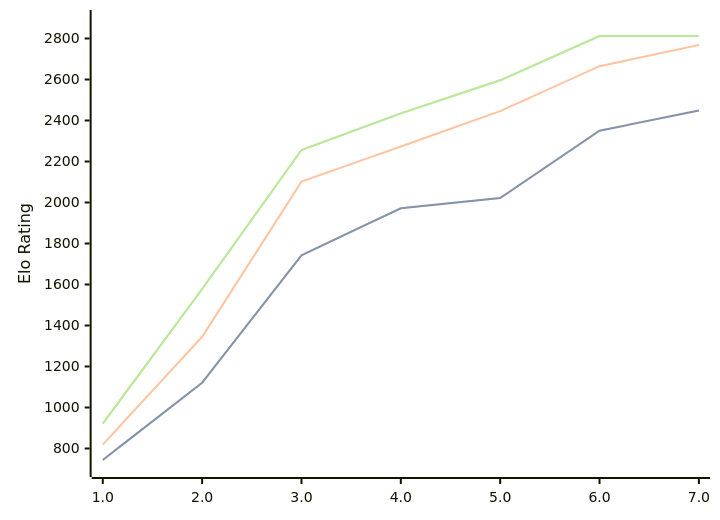
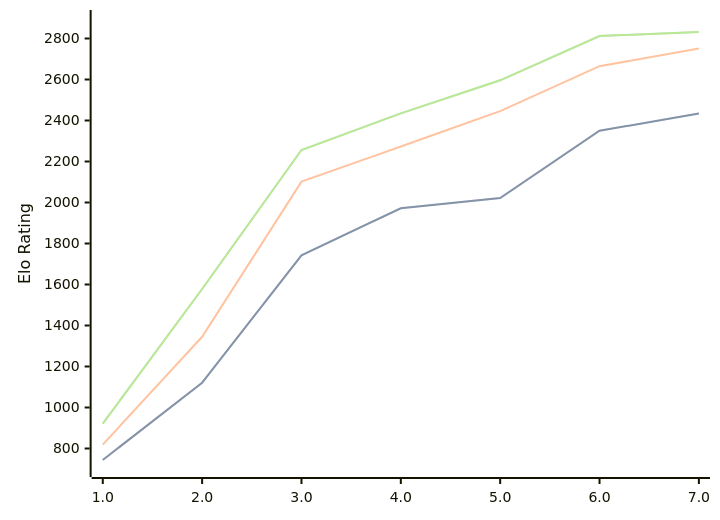
The diagram in engines/Pea.md (computer-chess-index/cci), drawn with Mermaid before and after one commit. The commit also changed other lines of this file, not shown here.

Commit message:
Update CCI Ratings (ELO VLTC) - 2026-04-27

````diff
--- a/engines/Pea.md
+++ b/engines/Pea.md
@@ -37,11 +37,11 @@
 ```mermaid
 %%{init: {"theme":"base","themeVariables":{"seriesColors:['#a3a3a3','#222221','#faa371']}}}%%
 xychart-beta
   x-axis ["1.0", "2.0", "3.0", "4.0", "5.0", "6.0", "7.0"]
   y-axis "Elo Rating" 700 --> 2900
-  line "STC (8.0+0.08s)" [744, 1121, 1742, 1972, 2022, 2350, 2449]
-  line "STC (8.0+0.08s)" [744, 1121, 1742, 1972, 2022, 2350, 2449]
-  line "LTC (60.0+0.60s)" [819, 1345, 2102, 2273, 2446, 2665, 2768]
-  line "VLTC (2m24s+1.12s)" [921, 1578, 2256, 2435, 2596, 2812, 2812]
-  line "VLTC (2m24s+1.12s)" [921, 1578, 2256, 2435, 2596, 2812, 2812]
+  line "STC (8.0+0.08s)" [744, 1121, 1742, 1972, 2022, 2350, 2434]
+  line "STC (8.0+0.08s)" [744, 1121, 1742, 1972, 2022, 2350, 2434]
+  line "LTC (60.0+0.60s)" [819, 1345, 2102, 2273, 2446, 2665, 2751]
+  line "VLTC (2m24s+1.12s)" [921, 1578, 2256, 2435, 2596, 2812, 2832]
+  line "VLTC (2m24s+1.12s)" [921, 1578, 2256, 2435, 2596, 2812, 2832]
 ```
````
